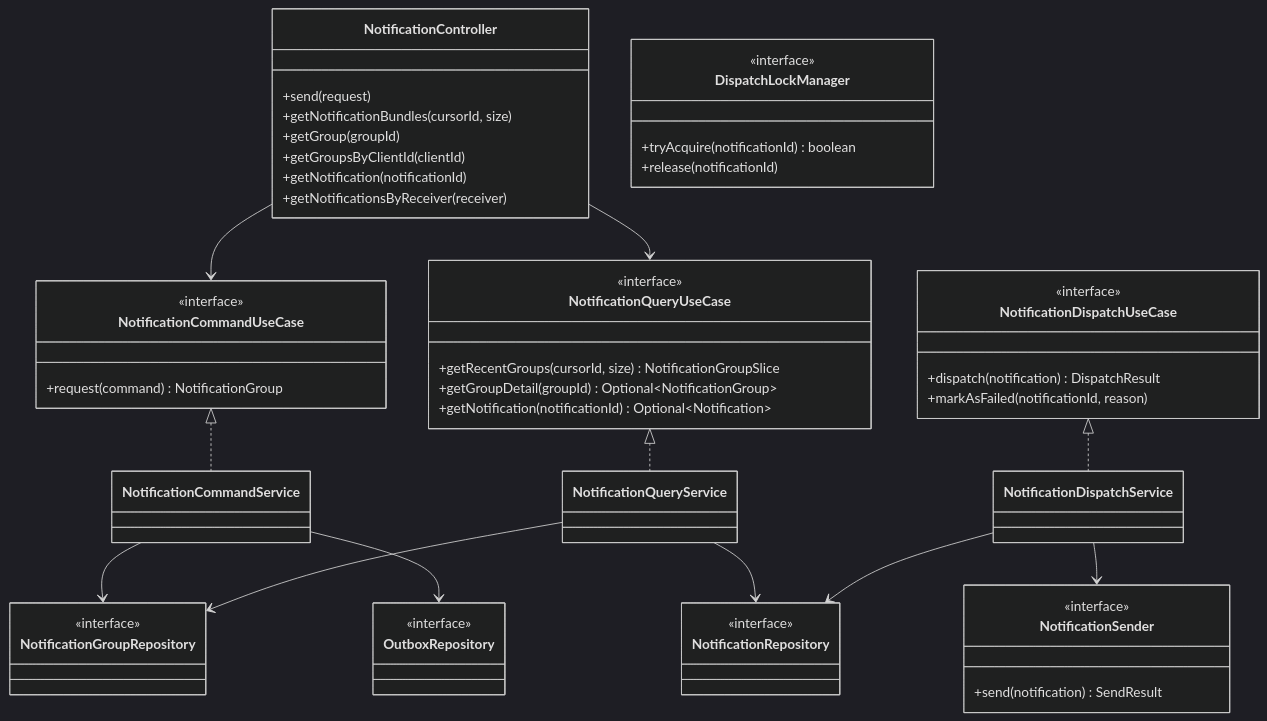
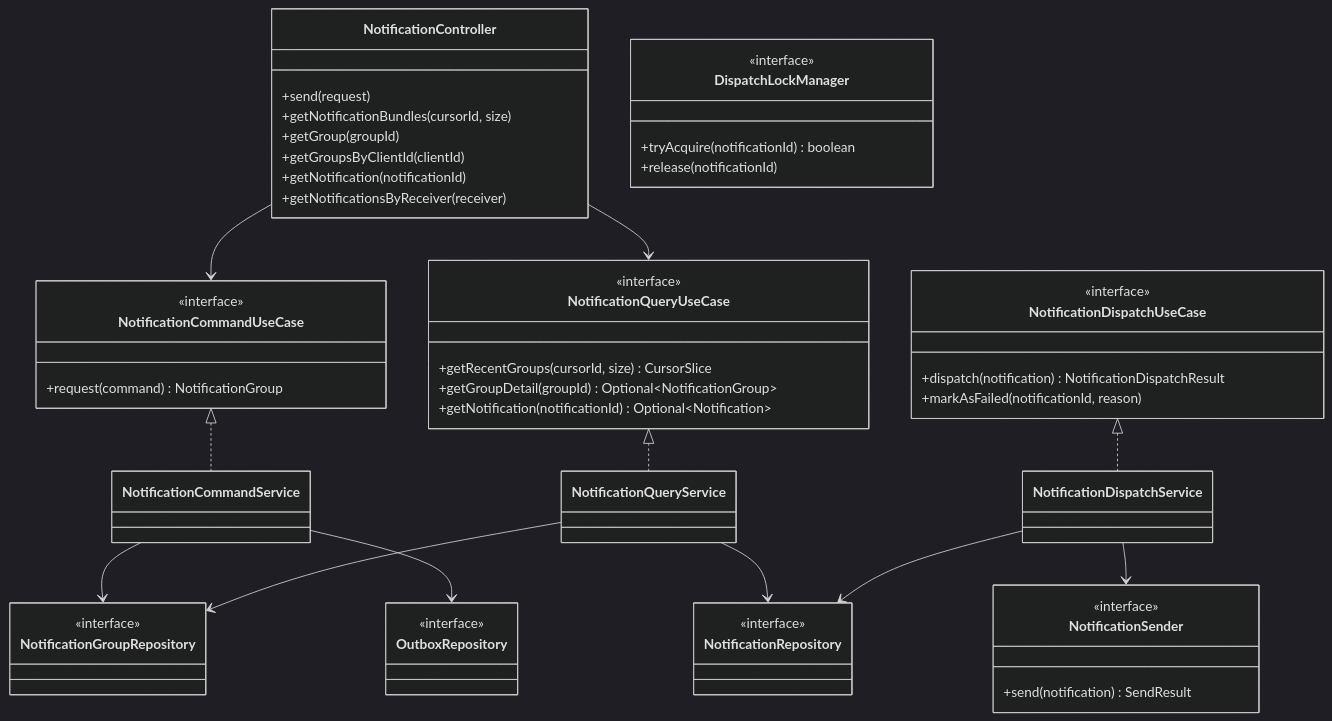
Before and after one commit to yht0827/notification-dispatcher: the first of 4 diagrams in docs/03-class-diagrams.md, drawn with Mermaid (dark theme). The commit also changed other lines of this file and 7 other files, not shown here.

````diff
--- a/docs/03-class-diagrams.md
+++ b/docs/03-class-diagrams.md
@@ -17,70 +17,70 @@
 ```mermaid
 classDiagram
     class NotificationController {
       +send(request)
       +getNotificationBundles(cursorId, size)
       +getGroup(groupId)
       +getGroupsByClientId(clientId)
       +getNotification(notificationId)
       +getNotificationsByReceiver(receiver)
     }
 
     class NotificationCommandUseCase {
       <<interface>>
       +request(command) NotificationGroup
     }
 
     class NotificationQueryUseCase {
       <<interface>>
-      +getRecentGroups(cursorId, size) NotificationGroupSlice
+      +getRecentGroups(cursorId, size) CursorSlice
       +getGroupDetail(groupId) Optional~NotificationGroup~
       +getNotification(notificationId) Optional~Notification~
     }
 
     class NotificationDispatchUseCase {
       <<interface>>
-      +dispatch(notification) DispatchResult
+      +dispatch(notification) NotificationDispatchResult
       +markAsFailed(notificationId, reason)
     }
 
     class NotificationCommandService
     class NotificationQueryService
     class NotificationDispatchService
 
     class NotificationGroupRepository {
       <<interface>>
     }
 
     class NotificationRepository {
       <<interface>>
     }
 
     class OutboxRepository {
       <<interface>>
     }
 
     class NotificationSender {
       <<interface>>
       +send(notification) SendResult
     }
 
     class DispatchLockManager {
       <<interface>>
       +tryAcquire(notificationId) boolean
       +release(notificationId)
     }
 
     NotificationController --> NotificationCommandUseCase
     NotificationController --> NotificationQueryUseCase
 
     NotificationCommandUseCase <|.. NotificationCommandService
     NotificationQueryUseCase <|.. NotificationQueryService
     NotificationDispatchUseCase <|.. NotificationDispatchService
 
     NotificationCommandService --> NotificationGroupRepository
     NotificationCommandService --> OutboxRepository
     NotificationQueryService --> NotificationGroupRepository
     NotificationQueryService --> NotificationRepository
     NotificationDispatchService --> NotificationRepository
     NotificationDispatchService --> NotificationSender
 ```
````
